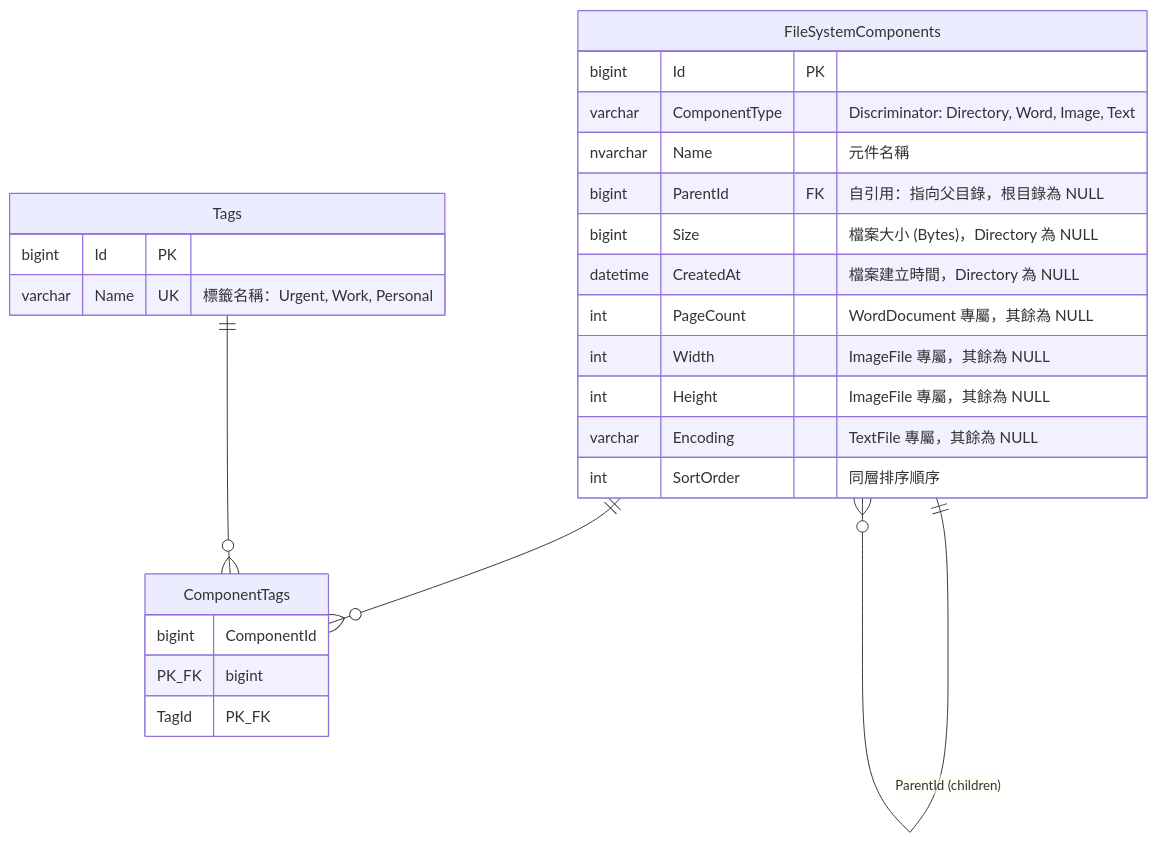
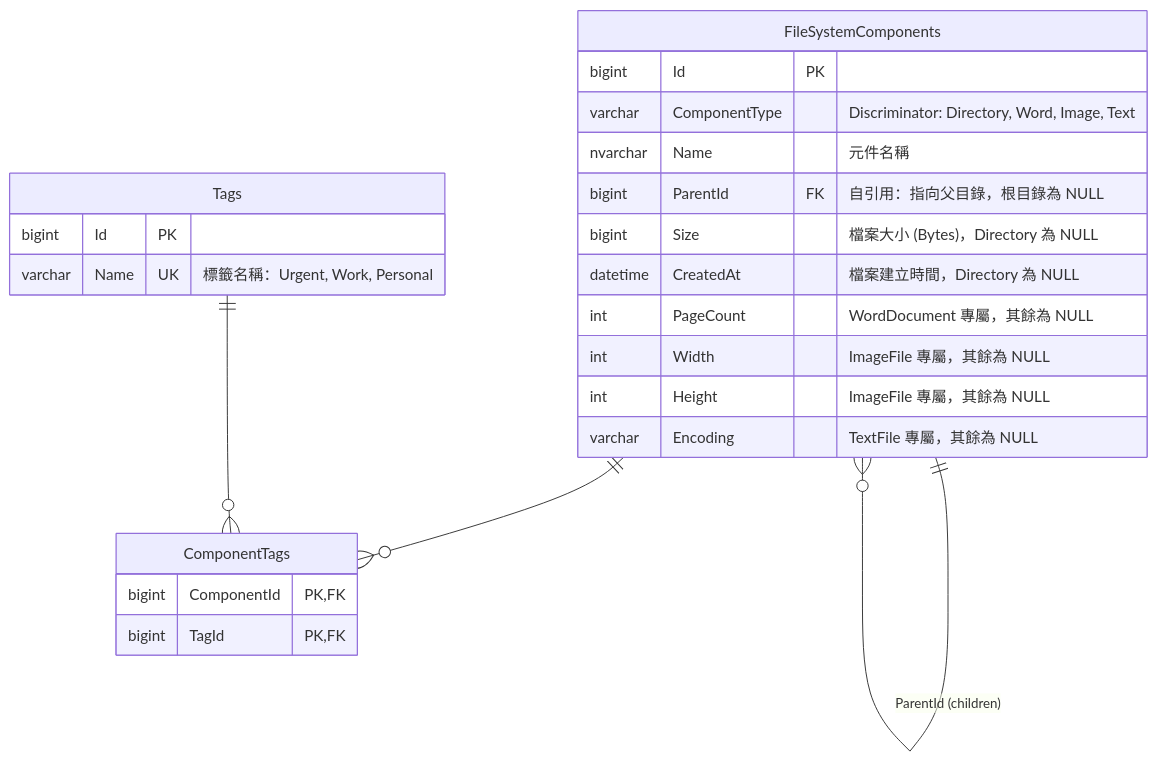
One commit to hertzberg205020/CloudFileSystem changed the diagram in docs/er-model.md. Above: the diagram before and after it, drawn with Mermaid. The commit also changed other lines of this file, not shown here.

Commit message:
docs: 移除 ER Model 的 SortOrder 欄位，修正 ComponentTags 的 mermaid 語法

````diff
--- a/docs/er-model.md
+++ b/docs/er-model.md
@@ -7,30 +7,29 @@
 ```mermaid
 erDiagram
     FileSystemComponents {
         bigint Id PK
         varchar ComponentType "Discriminator: Directory, Word, Image, Text"
         nvarchar Name "元件名稱"
         bigint ParentId FK "自引用：指向父目錄，根目錄為 NULL"
         bigint Size "檔案大小 (Bytes)，Directory 為 NULL"
         datetime CreatedAt "檔案建立時間，Directory 為 NULL"
         int PageCount "WordDocument 專屬，其餘為 NULL"
         int Width "ImageFile 專屬，其餘為 NULL"
         int Height "ImageFile 專屬，其餘為 NULL"
         varchar Encoding "TextFile 專屬，其餘為 NULL"
-        int SortOrder "同層排序順序"
     }
 
     Tags {
         bigint Id PK
         varchar Name UK "標籤名稱：Urgent, Work, Personal"
     }
 
     ComponentTags {
-        bigint ComponentId PK_FK
-        bigint TagId PK_FK
+        bigint ComponentId PK, FK
+        bigint TagId PK, FK
     }
 
     FileSystemComponents ||--o{ FileSystemComponents : "ParentId (children)"
     FileSystemComponents ||--o{ ComponentTags : ""
     Tags ||--o{ ComponentTags : ""
 ```
````
